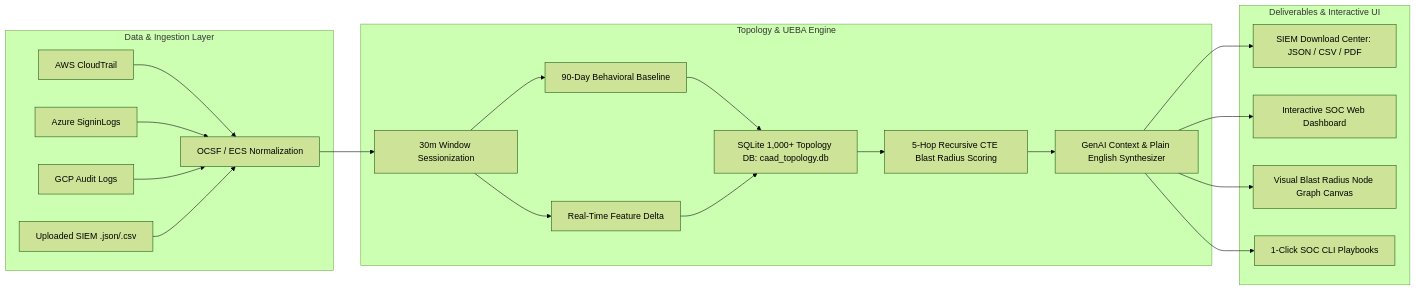
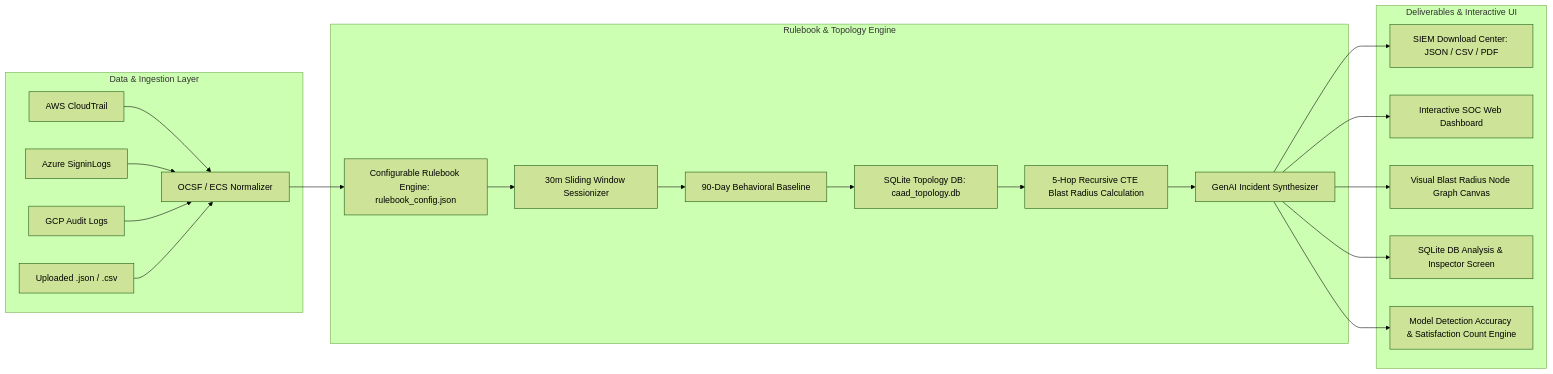
One commit to ramknathchn/SIEM-Analysis changed the diagram in implementation_plan.md. Above: the diagram before and after it, drawn with Mermaid (forest theme). The commit also changed other lines of this file and 3 other files, not shown here.

Commit message:
feat: Add SQLite DB Telemetry Analysis screen, Configurable Detection Rulebook, and FP Auto-Classification engine

````diff
--- a/implementation_plan.md
+++ b/implementation_plan.md
@@ -30,25 +32,26 @@
 ```mermaid
 flowchart LR
     subgraph Data & Ingestion Layer
-        A1[AWS CloudTrail] --> B[OCSF / ECS Normalization]
+        A1[AWS CloudTrail] --> B[OCSF / ECS Normalizer]
         A2[Azure SigninLogs] --> B
         A3[GCP Audit Logs] --> B
-        A4[Uploaded SIEM .json/.csv] --> B
+        A4[Uploaded .json / .csv] --> B
     end
 
-    subgraph Topology & UEBA Engine
-        B --> C[30m Window Sessionization]
-        C --> D[90-Day Behavioral Baseline]
-        C --> E[Real-Time Feature Delta]
-        D & E --> F[SQLite 1,000+ Topology DB: caad_topology.db]
-        F --> G[5-Hop Recursive CTE Blast Radius Scoring]
-        G --> H[GenAI Context & Plain English Synthesizer]
+    subgraph Rulebook & Topology Engine
+        B --> C[Configurable Rulebook Engine: rulebook_config.json]
+        C --> D[30m Sliding Window Sessionizer]
+        D --> E[90-Day Behavioral Baseline]
+        E --> F[SQLite Topology DB: caad_topology.db]
+        F --> G[5-Hop Recursive CTE Blast Radius Calculation]
+        G --> H[GenAI Incident Synthesizer]
     end
 
     subgraph Deliverables & Interactive UI
         H --> I[SIEM Download Center: JSON / CSV / PDF]
         H --> J[Interactive SOC Web Dashboard]
         H --> K[Visual Blast Radius Node Graph Canvas]
-        H --> L[1-Click SOC CLI Playbooks]
+        H --> L[SQLite DB Analysis & Inspector Screen]
+        H --> M[Model Detection Accuracy & Satisfaction Count Engine]
     end
 ```
````
